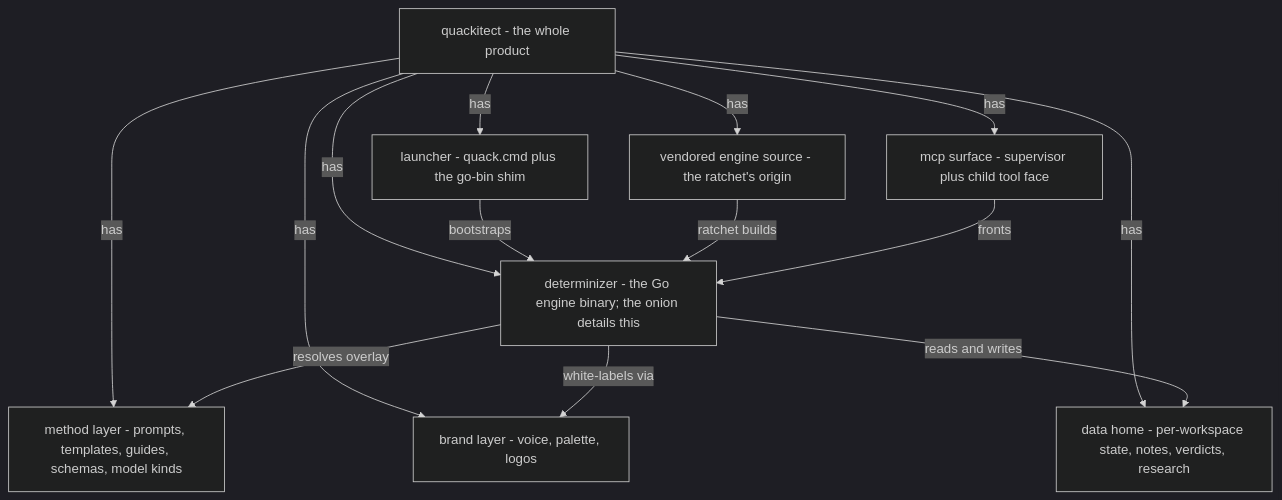
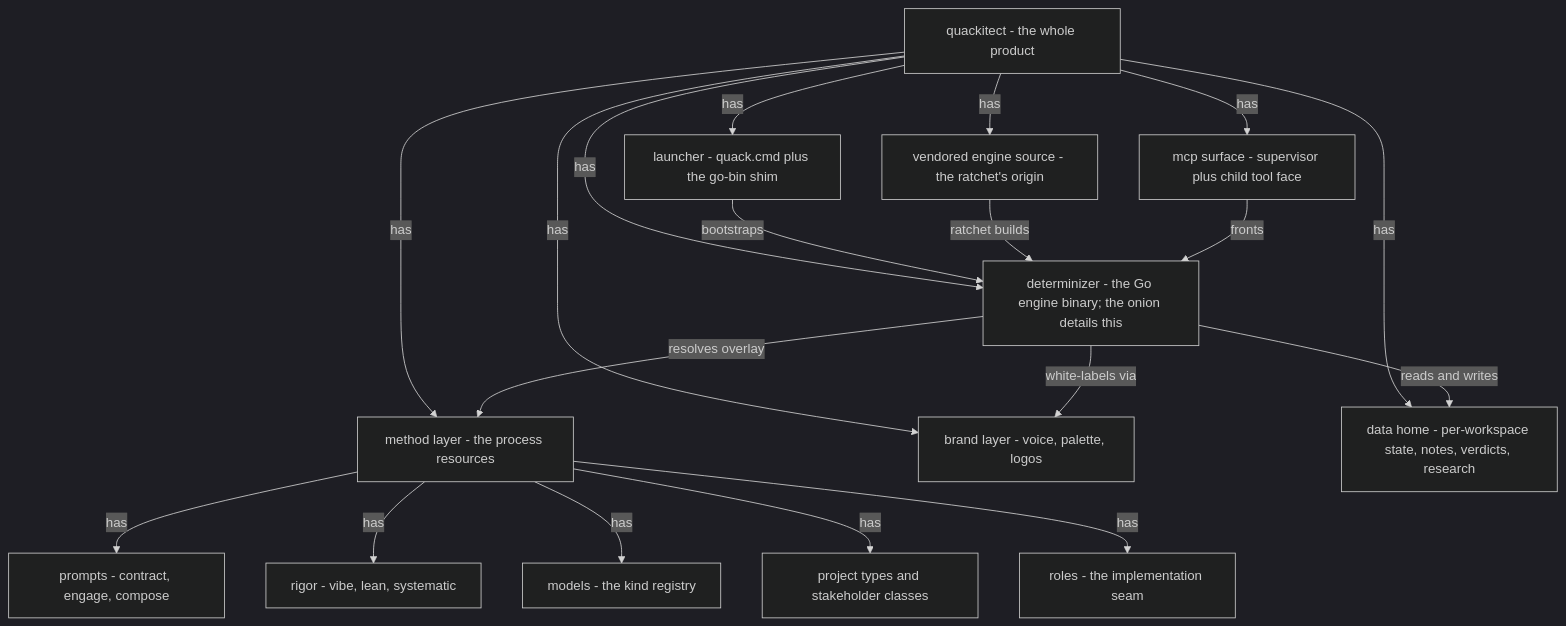
The diagram in spec/models/model-quack-structure.md (mb-89/quackitect), drawn with Mermaid (dark theme) before and after one commit. The commit also changed other lines of this file and 451 other files, not shown here.

Commit message:
i27 done - book feedback: owner rulings landed (toc-owned chapter order, quack mv, apply set-field, per-input onion rails, one IFU table, project chapter as the shared timeline, RAID as the standard table, unified timeline look), M6-M8 blessed

````diff
--- a/spec/models/model-quack-structure.md
+++ b/spec/models/model-quack-structure.md
@@ -13,24 +13,35 @@
 ```mermaid
 flowchart TD
+  %% route: determinizer -> model-engine-layers
   quackitect["quackitect - the whole product"]
   launcher["launcher - quack.cmd plus the go-bin shim"]
   determinizer["determinizer - the Go engine binary; the onion details this"]
   enginesource["vendored engine source - the ratchet's origin"]
-  methodlayer["method layer - prompts, templates, guides, schemas, model kinds"]
+  methodlayer["method layer - the process resources"]
+  prompts["prompts - contract, engage, compose"]
+  rigor["rigor - vibe, lean, systematic"]
+  modelkinds["models - the kind registry"]
+  projecttypes["project types and stakeholder classes"]
+  roles["roles - the implementation seam"]
   brandlayer["brand layer - voice, palette, logos"]
   mcpsurface["mcp surface - supervisor plus child tool face"]
   datahome["data home - per-workspace state, notes, verdicts, research"]
   quackitect -->|has| launcher
   quackitect -->|has| determinizer
   quackitect -->|has| enginesource
   quackitect -->|has| methodlayer
   quackitect -->|has| brandlayer
   quackitect -->|has| mcpsurface
   quackitect -->|has| datahome
+  methodlayer -->|has| prompts
+  methodlayer -->|has| rigor
+  methodlayer -->|has| modelkinds
+  methodlayer -->|has| projecttypes
+  methodlayer -->|has| roles
   launcher -->|bootstraps| determinizer
   enginesource -->|ratchet builds| determinizer
   determinizer -->|resolves overlay| methodlayer
   determinizer -->|white-labels via| brandlayer
   determinizer -->|reads and writes| datahome
   mcpsurface -->|fronts| determinizer
 ```
````
